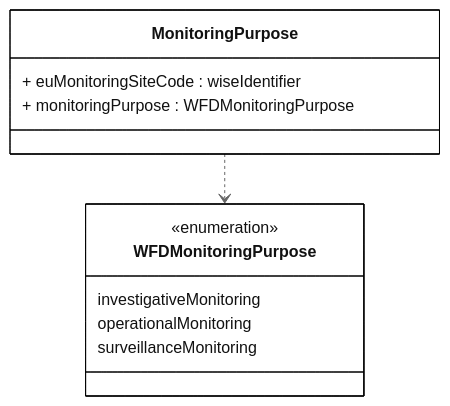
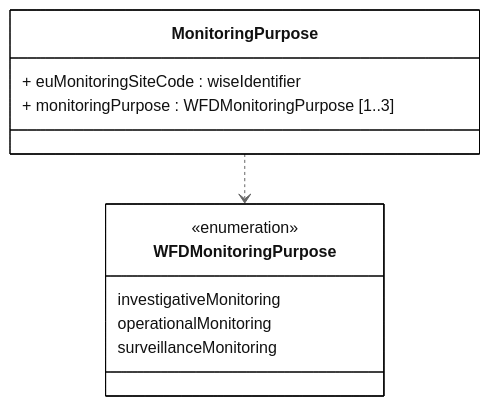
The diagram in docs/DataModelReview/mmd/Monitoring_4thCycle_MonitoringPurpose_ClassDiagram.mmd (eeadata/WISE.WFD.Documentation), drawn with Mermaid before and after one commit. The commit also changed 6 other files, not shown here.

```diff
--- a/docs/DataModelReview/mmd/Monitoring_4thCycle_MonitoringPurpose_ClassDiagram.mmd
+++ b/docs/DataModelReview/mmd/Monitoring_4thCycle_MonitoringPurpose_ClassDiagram.mmd
@@ -1,26 +1,26 @@
 ---
 config:
   class:
     hideEmptyMembersBox: true
   layout: dagre
   theme: neutral
 ---
 classDiagram
 direction TB
 
 class MonitoringPurpose{
   + euMonitoringSiteCode : wiseIdentifier
-  + monitoringPurpose : WFDMonitoringPurpose
+  + monitoringPurpose : WFDMonitoringPurpose [1..3]
 }
 
 class WFDMonitoringPurpose{
     <<enumeration>>
     investigativeMonitoring
     operationalMonitoring
     surveillanceMonitoring
     }     
 
 MonitoringPurpose ..> WFDMonitoringPurpose
 
 classDef default fill:white,stroke:#000;
 classDef forFixing fill:white,stroke:#f00;
```
